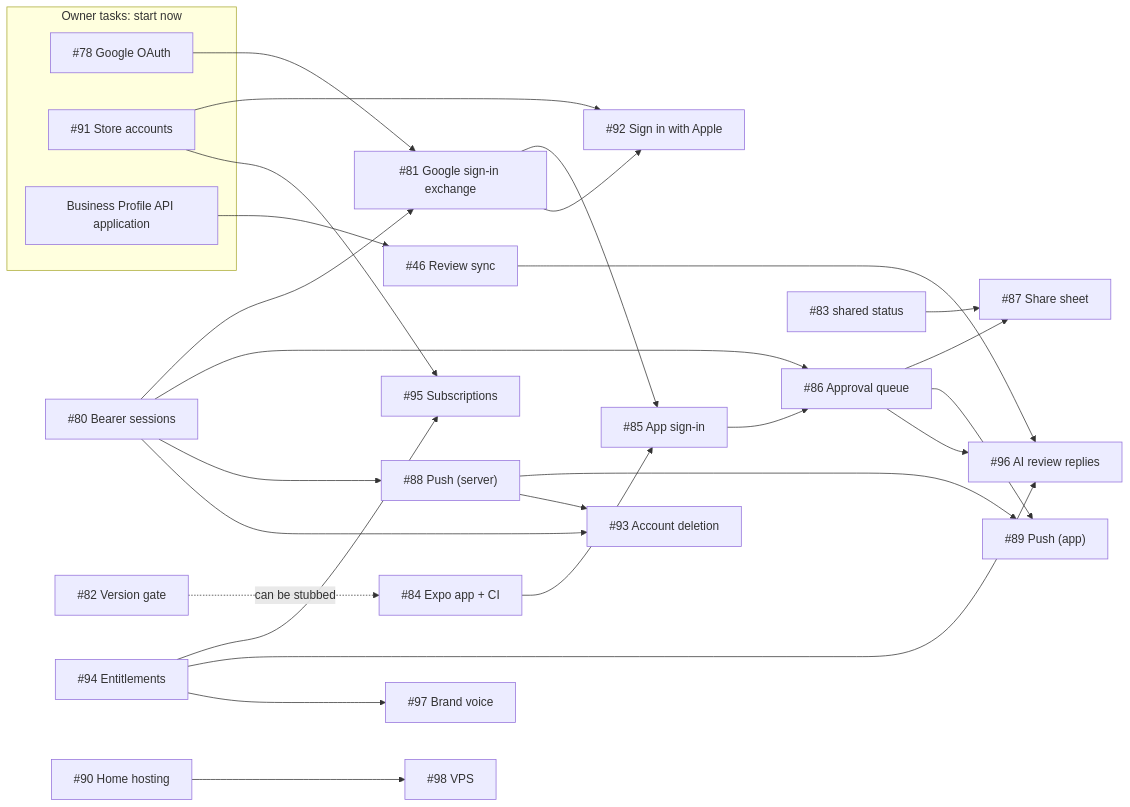
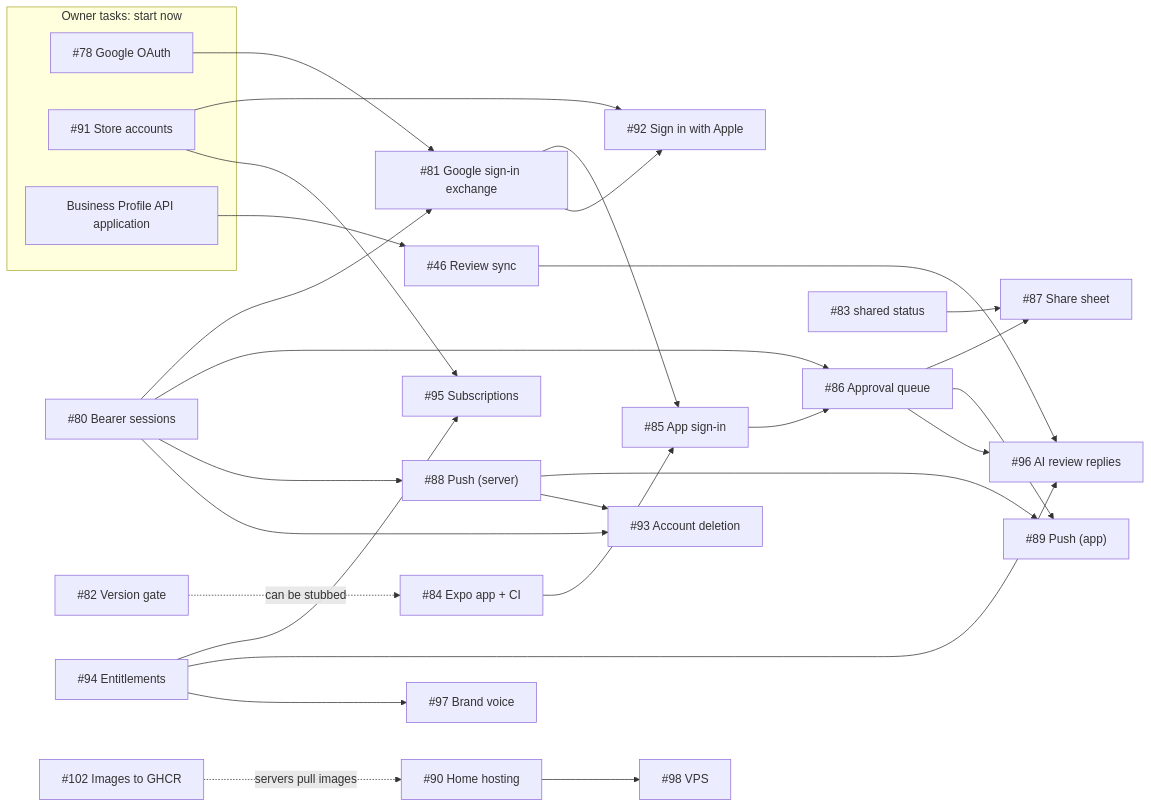
One commit to iamstevedavis/praise-loop changed the diagram in docs/mobile-plan.md. Above: the diagram before and after it, drawn with Mermaid. The commit also changed other lines of this file, not shown here.

First line of the commit message:
docs: add the GHCR image pipeline (#102) to the plan

````diff
--- a/docs/mobile-plan.md
+++ b/docs/mobile-plan.md
@@ -247,32 +248,33 @@
 ```mermaid
 flowchart LR
   subgraph owner["Owner tasks: start now"]
     O78["#78 Google OAuth"]
     O91["#91 Store accounts"]
     GBP["Business Profile API application"]
   end
   B80["#80 Bearer sessions"] --> G81["#81 Google sign-in exchange"]
   S84["#84 Expo app + CI"] --> A85["#85 App sign-in"]
   G81 --> A85
   O78 --> G81
   A85 --> Q86["#86 Approval queue"]
   B80 --> Q86
   Q86 --> SH87["#87 Share sheet"]
   ST83["#83 shared status"] --> SH87
   B80 --> P88["#88 Push (server)"]
   P88 --> P89["#89 Push (app)"]
   Q86 --> P89
   B80 --> D93["#93 Account deletion"]
   P88 --> D93
   G81 --> AP92["#92 Sign in with Apple"]
   O91 --> AP92
   V82["#82 Version gate"] -.->|"can be stubbed"| S84
   E94["#94 Entitlements"] --> SUB95["#95 Subscriptions"]
   O91 --> SUB95
   GBP --> R46["#46 Review sync"]
   R46 --> RE96["#96 AI review replies"]
   E94 --> RE96
   Q86 --> RE96
   E94 --> BV97["#97 Brand voice"]
   H90["#90 Home hosting"] --> VPS98["#98 VPS"]
+  CI102["#102 Images to GHCR"] -.->|"servers pull images"| H90
 ```
````
